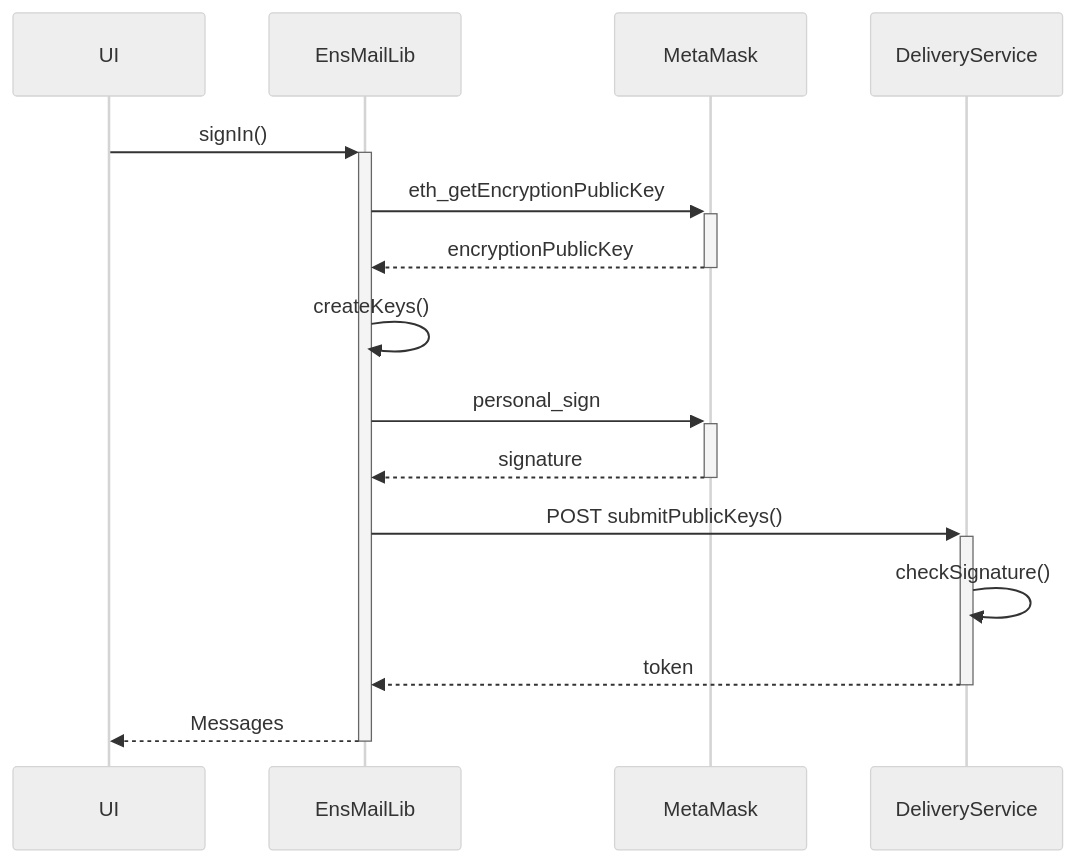
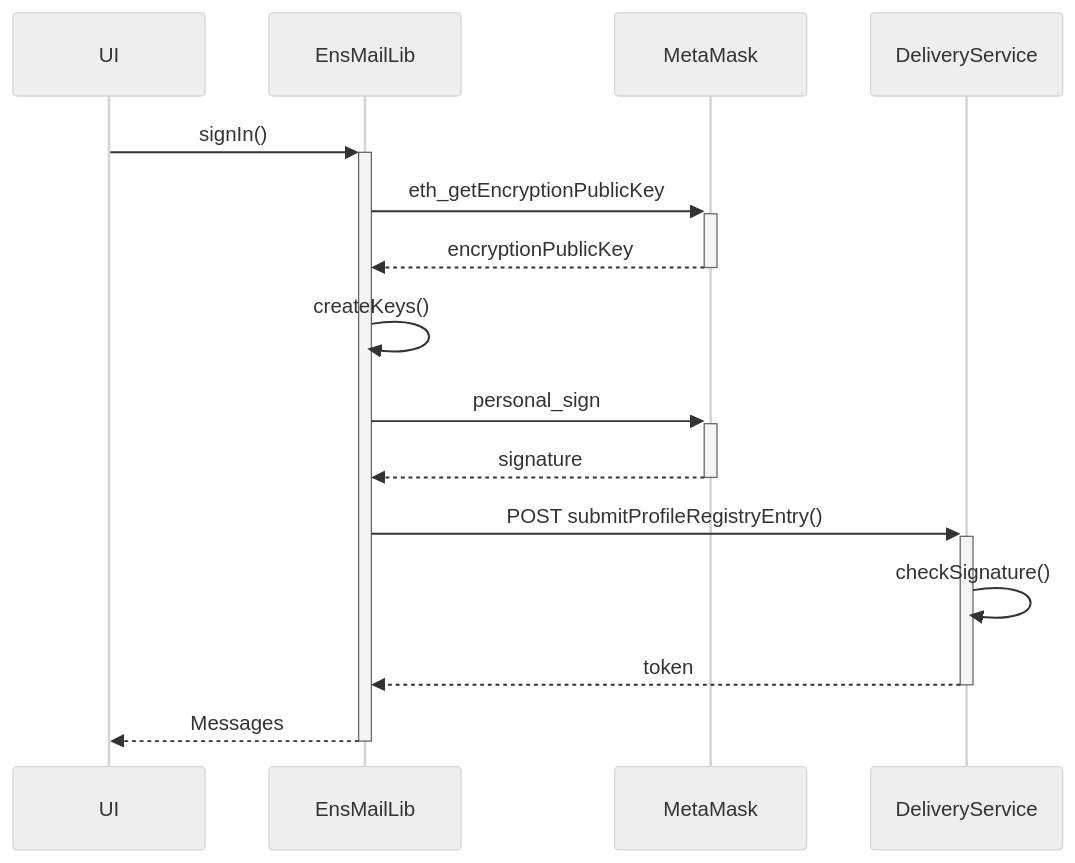
The first of 2 diagrams in src/lib/README.md (dm3-org/dm3), drawn with Mermaid (neutral theme) before and after one commit. The commit also changed 12 other files, not shown here.

Commit message:
refactor: add registry profile entry interface and add public keys to it

````diff
--- a/src/lib/README.md
+++ b/src/lib/README.md
@@ -2,13 +2,13 @@
 ```mermaid
 sequenceDiagram
     UI->>+EnsMailLib: signIn()
     EnsMailLib->>+MetaMask: eth_getEncryptionPublicKey
     MetaMask-->>-EnsMailLib: encryptionPublicKey
     EnsMailLib->>EnsMailLib: createKeys()
     EnsMailLib->>+MetaMask: personal_sign
     MetaMask-->>-EnsMailLib: signature
-    EnsMailLib->>+ DeliveryService: POST submitPublicKeys()
+    EnsMailLib->>+ DeliveryService: POST submitProfileRegistryEntry()
     DeliveryService->> DeliveryService: checkSignature()
     DeliveryService-->>- EnsMailLib: token
     EnsMailLib-->>-UI: Messages
 ```
````
